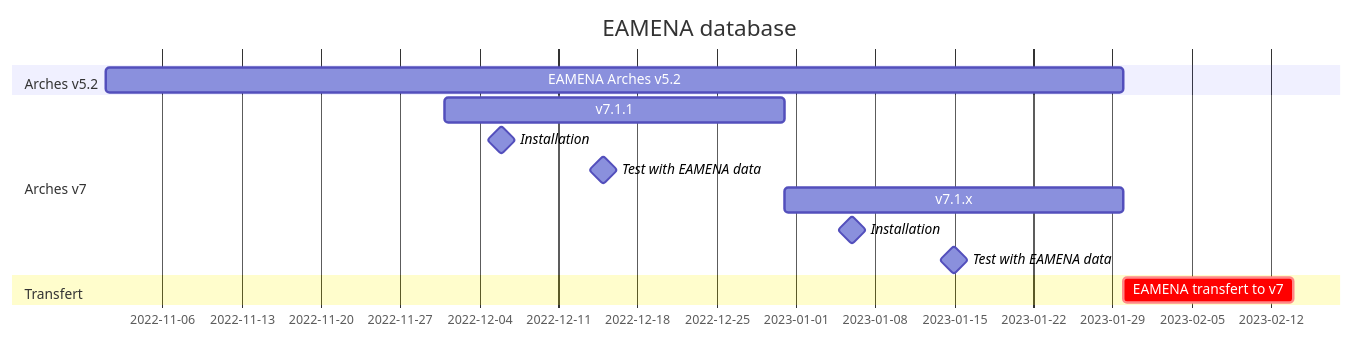
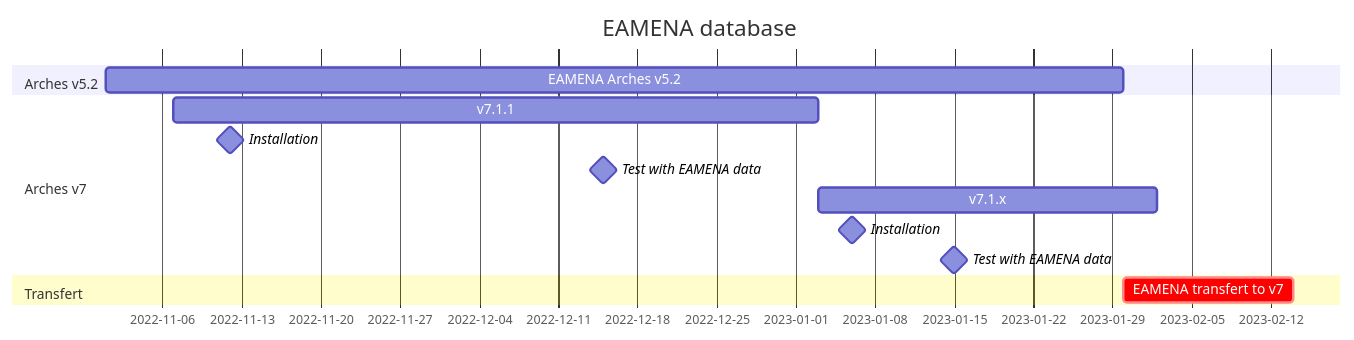
Before and after one commit to eamena-project/eamena-arches-dev: the first of 2 diagrams in dbs/database.eamena/README.md, drawn with Mermaid.

Commit message:
workflow Arches v5 v7

````diff
--- a/dbs/database.eamena/README.md
+++ b/dbs/database.eamena/README.md
@@ -5,16 +5,16 @@
 ```mermaid
 gantt
     title EAMENA database
     dateFormat  YYYY-MM-DD
     section Arches v5.2
     EAMENA Arches v5.2       : a0, 2022-11-01, 90d
     section Arches v7
-    v7.1.1                   : a1, 2022-12-01, 30d
-    Installation             : milestone, m0, 2022-12-01, 10d
+    v7.1.1                   : a1, 2022-11-07, 57d
+    Installation             : milestone, m0, 2022-11-07, 10d
     Test with EAMENA data    : milestone, m1, 2022-12-10, 10d
     v7.1.x                   : after a1, 30d
     Installation             : milestone, m2, 2023-01-01, 10d
     Test with EAMENA data    : milestone, m3, 2023-01-10, 10d
     section Transfert
     EAMENA transfert to v7   : crit, after a0, 15d
 ```
````
